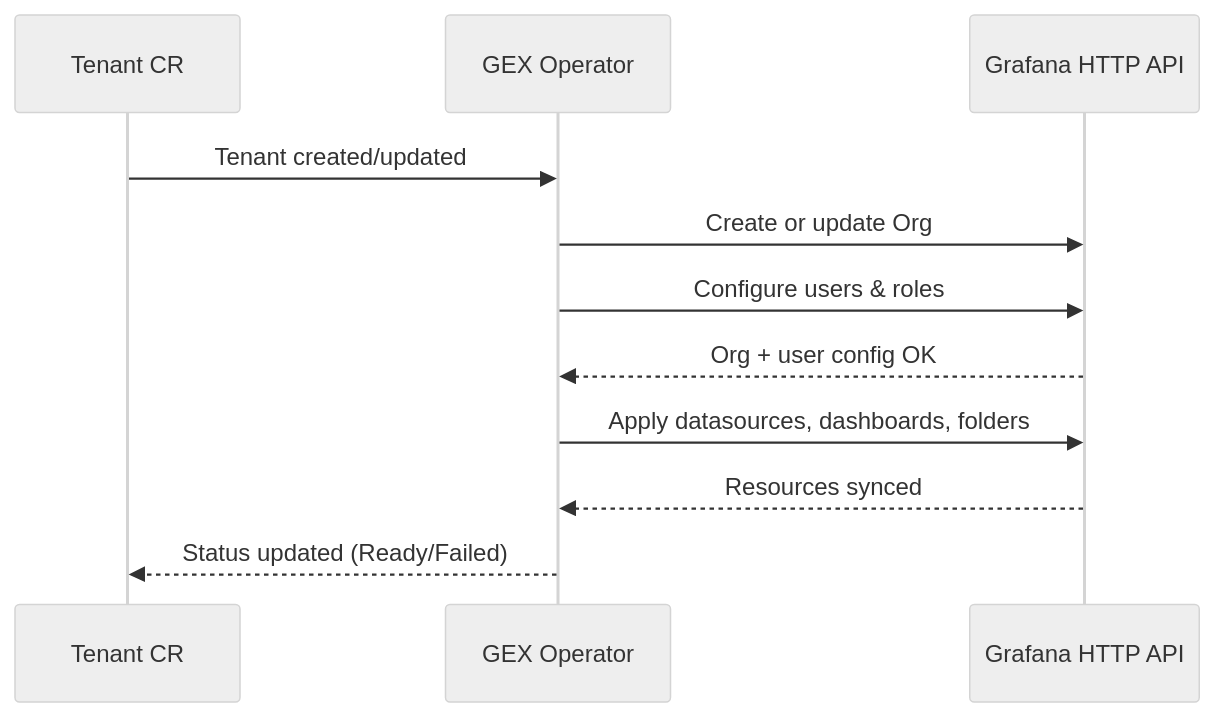
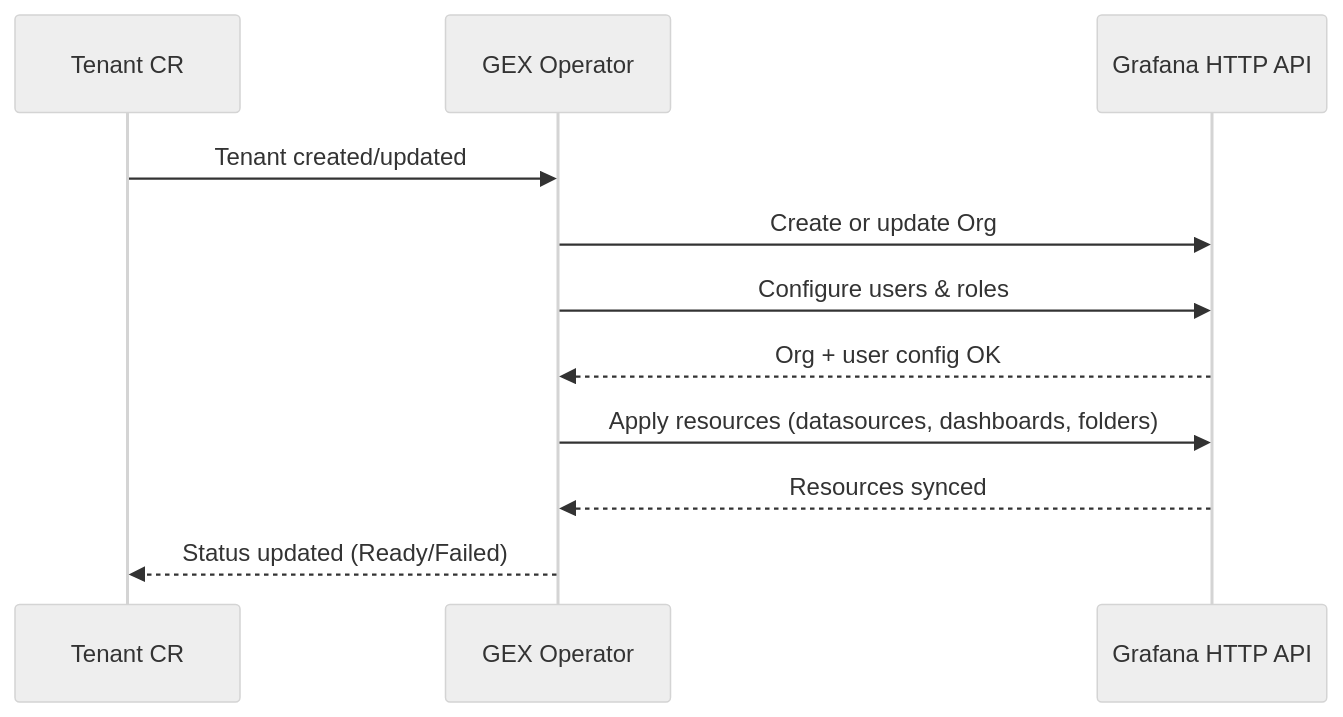
The second of 2 diagrams in content/integrations/grafana/readme.md (stakater/mto-docs), drawn with Mermaid (neutral theme) before and after one commit. The commit also changed other lines of this file, not shown here.

````diff
--- a/content/integrations/grafana/readme.md
+++ b/content/integrations/grafana/readme.md
@@ -336,14 +331,14 @@
 ```mermaid
 sequenceDiagram
     participant TenantCR as Tenant CR
     participant GEX as GEX Operator
     participant API as Grafana HTTP API
 
     TenantCR->>GEX: Tenant created/updated
     GEX->>API: Create or update Org
     GEX->>API: Configure users & roles
     API-->>GEX: Org + user config OK
-    GEX->>API: Apply datasources, dashboards, folders
+    GEX->>API: Apply resources (datasources, dashboards, folders)
     API-->>GEX: Resources synced
     GEX-->>TenantCR: Status updated (Ready/Failed)
 ```
````
